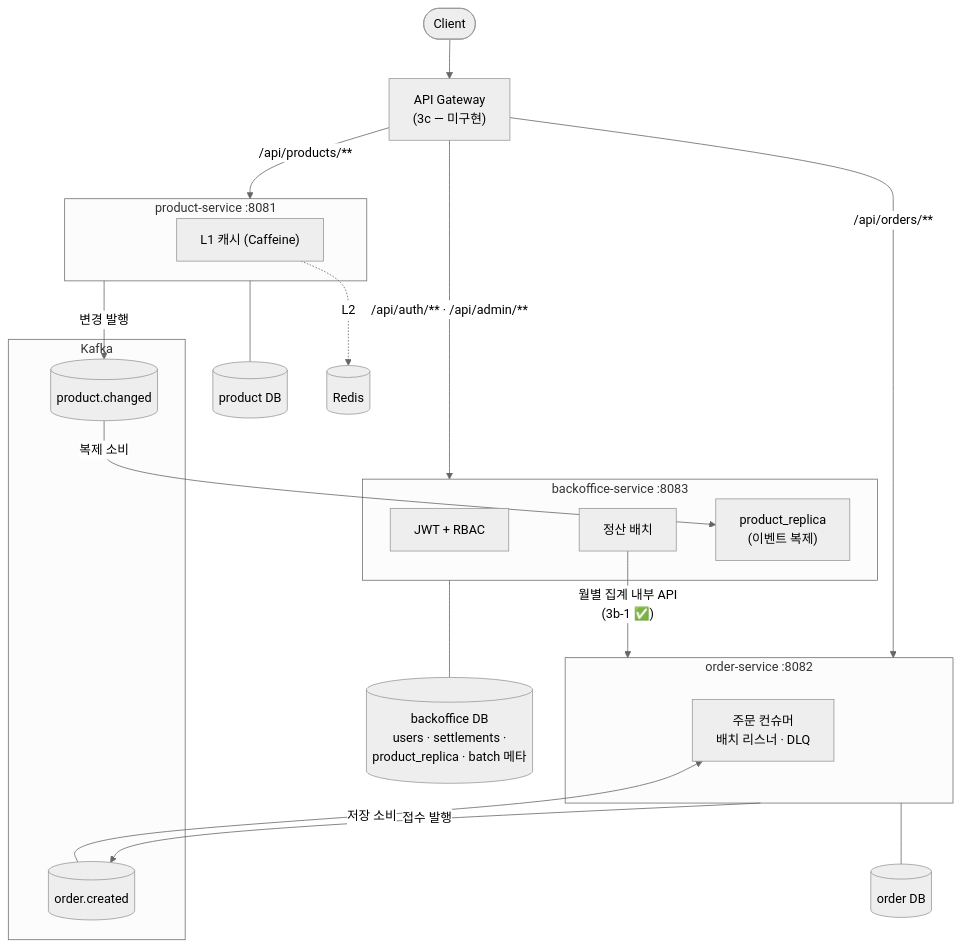
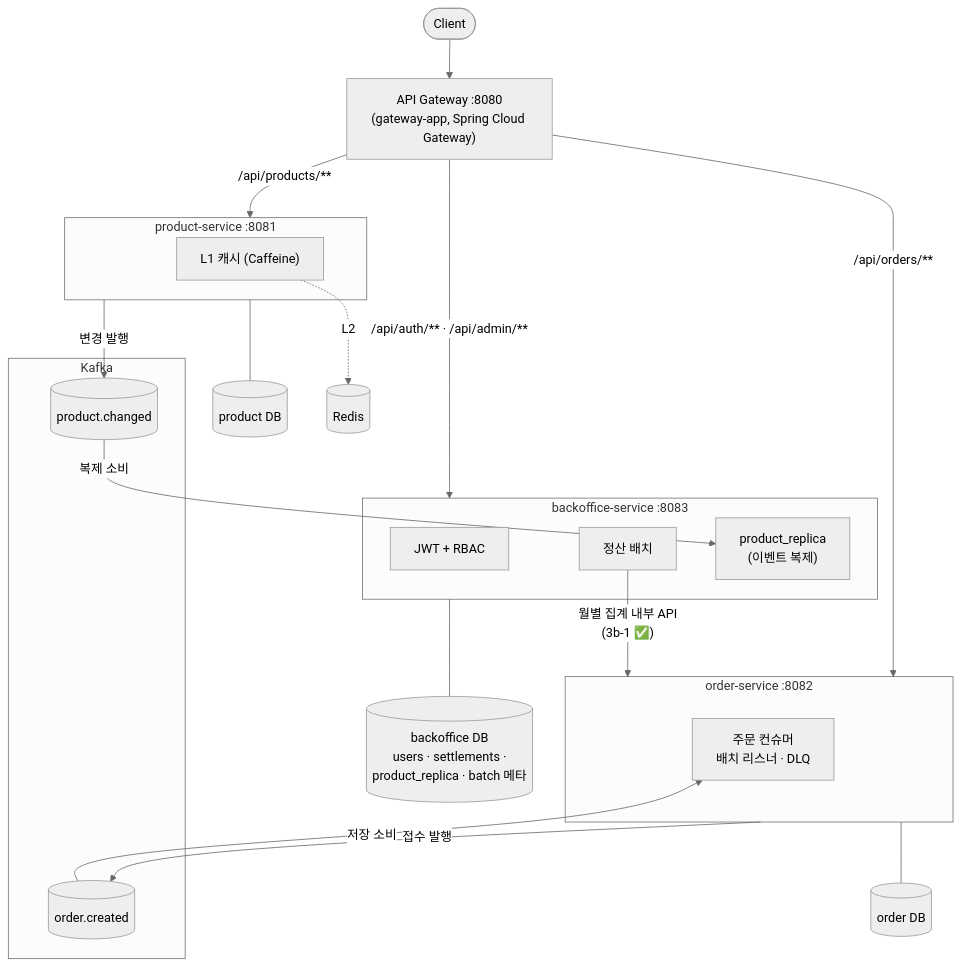
One commit to JYPark-Code/event-driven-commerce changed the diagram in docs/msa-architecture.md. Above: the diagram before and after it, drawn with Mermaid (neutral theme). The commit also changed other lines of this file and 6 other files, not shown here.

First line of the commit message:
feat: MSA 3c — API 게이트웨이(gateway-app :8080) 추가, 전환 단계 완료

````diff
--- a/docs/msa-architecture.md
+++ b/docs/msa-architecture.md
@@ -19,38 +19,38 @@
 ```mermaid
 flowchart TB
-    Client([Client]) --> GW["API Gateway<br/>(3c — 미구현)"]
+    Client([Client]) --> GW["API Gateway :8080<br/>(gateway-app, Spring Cloud Gateway)"]
 
     GW -- "/api/products/**" --> PS
     GW -- "/api/orders/**" --> OS
     GW -- "/api/auth/** · /api/admin/**" --> BS
 
     subgraph PS["product-service :8081"]
         PCACHE["L1 캐시 (Caffeine)"]
     end
     subgraph OS["order-service :8082"]
         OCONS["주문 컨슈머<br/>배치 리스너 · DLQ"]
     end
     subgraph BS["backoffice-service :8083"]
         RBAC["JWT + RBAC"]
         BATCH["정산 배치"]
         REPL["product_replica<br/>(이벤트 복제)"]
     end
 
     subgraph MQ["Kafka"]
         T1[("order.created")]
         T2[("product.changed")]
     end
 
     PS -- "변경 발행" --> T2
     T2 -- "복제 소비" --> REPL
     OS -- "접수 발행" --> T1
     T1 -- "저장 소비" --> OCONS
 
     PS --- PDB[("product DB")]
     OS --- ODB[("order DB")]
     BS --- BDB[("backoffice DB<br/>users · settlements ·<br/>product_replica · batch 메타")]
 
     PCACHE -. "L2" .-> REDIS[("Redis")]
 
     BATCH -- "월별 집계 내부 API<br/>(3b-1 ✅)" --> OS
 ```
````
